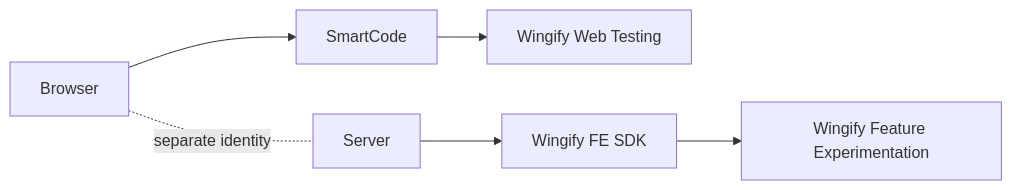
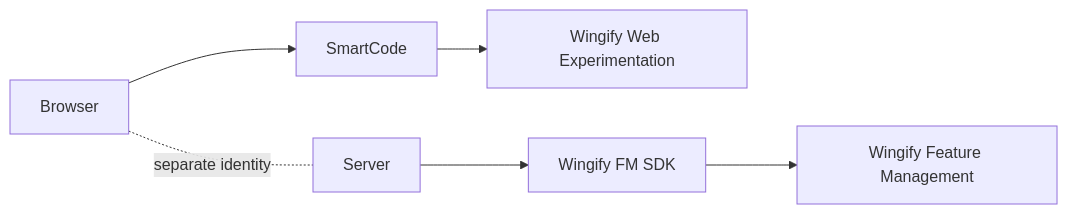
The fourth of 6 diagrams in docs/Unified Experimentation/fme-unified-experimentation-identity-synchronization.md (wingify/readme-central), drawn with Mermaid before and after one commit. The commit also changed other lines of this file and 192 other files, not shown here.

Commit message:
Update FE to FM, Feature Experimentation to Feature Management, and Web Testing to Web Experimentation

````diff
--- a/docs/Unified Experimentation/fme-unified-experimentation-identity-synchronization.md
+++ b/docs/Unified Experimentation/fme-unified-experimentation-identity-synchronization.md
@@ -396,11 +396,11 @@
 ```mermaid
 flowchart LR
     Browser --> SmartCode
-    SmartCode -->_Web[Wingify Web Testing]
+    SmartCode -->_Web[Wingify Web Experimentation]
 
-    Server --> FE_SDK[Wingify FE SDK]
-    FE_SDK --> Wingify_FE[Wingify Feature Experimentation]
+    Server --> FM_SDK[Wingify FM SDK]
+    FM_SDK --> Wingify_FM[Wingify Feature Management]
 
     Browser -. separate identity .- Server
 
 ```
````
